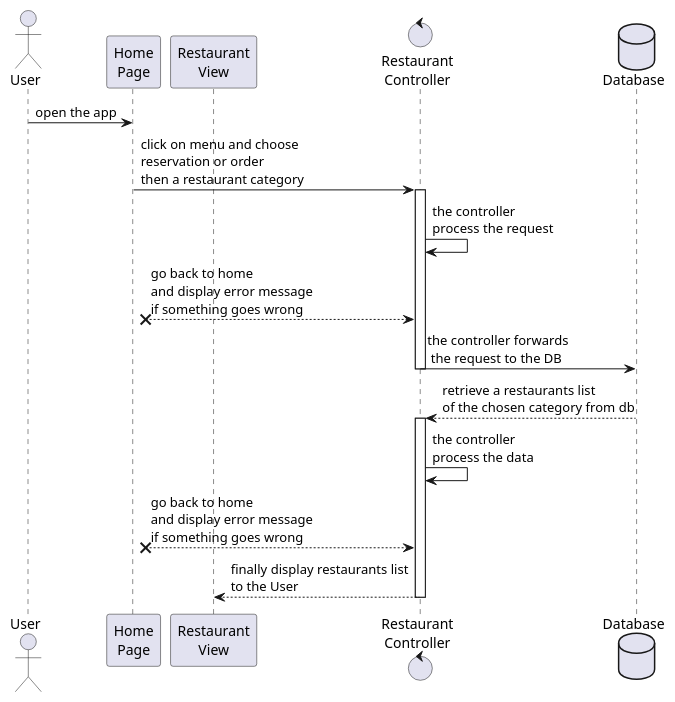
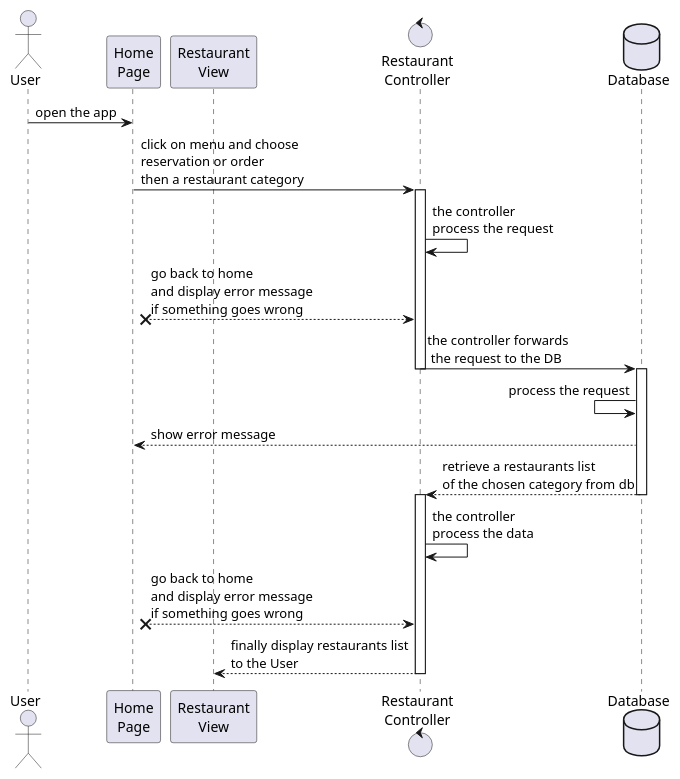
Before and after one commit to TommasoScalici/FoodDelivery: the diagram in src/main/java/unipa/fooddelivery/diagrams/sequence/displayrestaurants.wsd, drawn with PlantUML. The commit also changed 3 other files, not shown here.

```diff
--- a/src/main/java/unipa/fooddelivery/diagrams/sequence/displayrestaurants.wsd
+++ b/src/main/java/unipa/fooddelivery/diagrams/sequence/displayrestaurants.wsd
@@ -1,25 +1,31 @@
 @startuml displayrestaurants
 
 actor User 
 participant "Home\nPage" as HomePage
 participant "Restaurant\nView" as RestaurantView
 control "Restaurant\nController" as RestaurantController
 database Database as DB
 
 
 User -> HomePage : open the app
 HomePage -> RestaurantController: click on menu and choose\nreservation or order\nthen a restaurant category
 
 activate RestaurantController
 RestaurantController -> RestaurantController : the controller\nprocess the request
 HomePage x-- RestaurantController : go back to home\nand display error message\nif something goes wrong
 RestaurantController -> DB : the controller forwards\n the request to the DB
 deactivate RestaurantController
 
+activate DB
+DB <- DB: process the request
+HomePage <-- DB: show error message
 RestaurantController <-- DB : retrieve a restaurants list\nof the chosen category from db
+deactivate DB
+
+
 activate RestaurantController
 RestaurantController -> RestaurantController : the controller\nprocess the data
 HomePage x-- RestaurantController : go back to home\nand display error message\nif something goes wrong
 RestaurantView <-- RestaurantController: finally display restaurants list\nto the User
 deactivate RestaurantController
 @enduml
```
